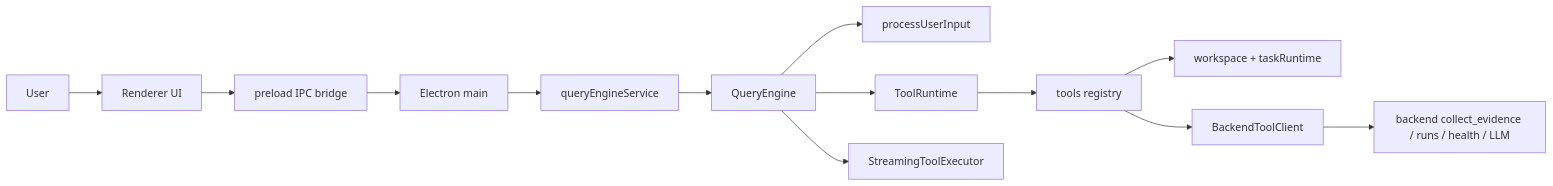
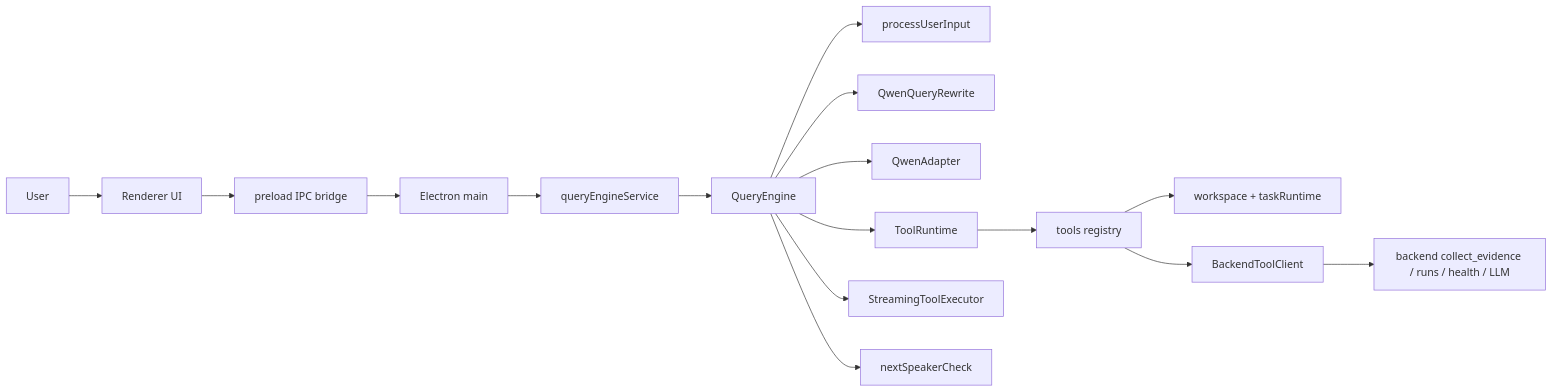
The diagram in docs/01-overview/시스템_상세_아키텍처_설계.md (needitem/pixllm), drawn with Mermaid before and after one commit. The commit also changed other lines of this file and 12 other files, not shown here.

````diff
--- a/docs/01-overview/시스템_상세_아키텍처_설계.md
+++ b/docs/01-overview/시스템_상세_아키텍처_설계.md
@@ -31,15 +33,18 @@
 ```mermaid
 flowchart LR
     U["User"] --> R["Renderer UI"]
     R --> P["preload IPC bridge"]
     P --> M["Electron main"]
     M --> S["queryEngineService"]
     S --> Q["QueryEngine"]
     Q --> PR["processUserInput"]
+    Q --> RW["QwenQueryRewrite"]
+    Q --> QA["QwenAdapter"]
     Q --> TR["ToolRuntime"]
     Q --> STE["StreamingToolExecutor"]
+    Q --> NS["nextSpeakerCheck"]
     TR --> TOOLS["tools registry"]
     TOOLS --> WS["workspace + taskRuntime"]
     TOOLS --> BE["BackendToolClient"]
     BE --> API["backend collect_evidence / runs / health / LLM"]
 ```
````
